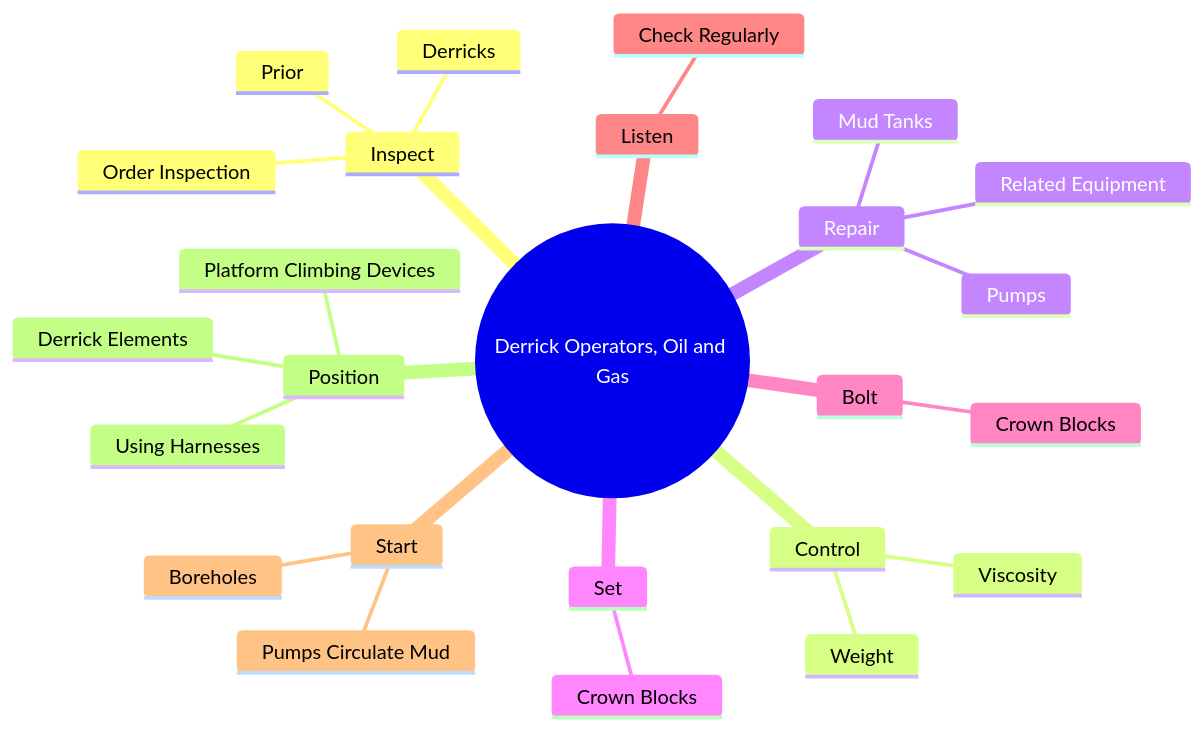
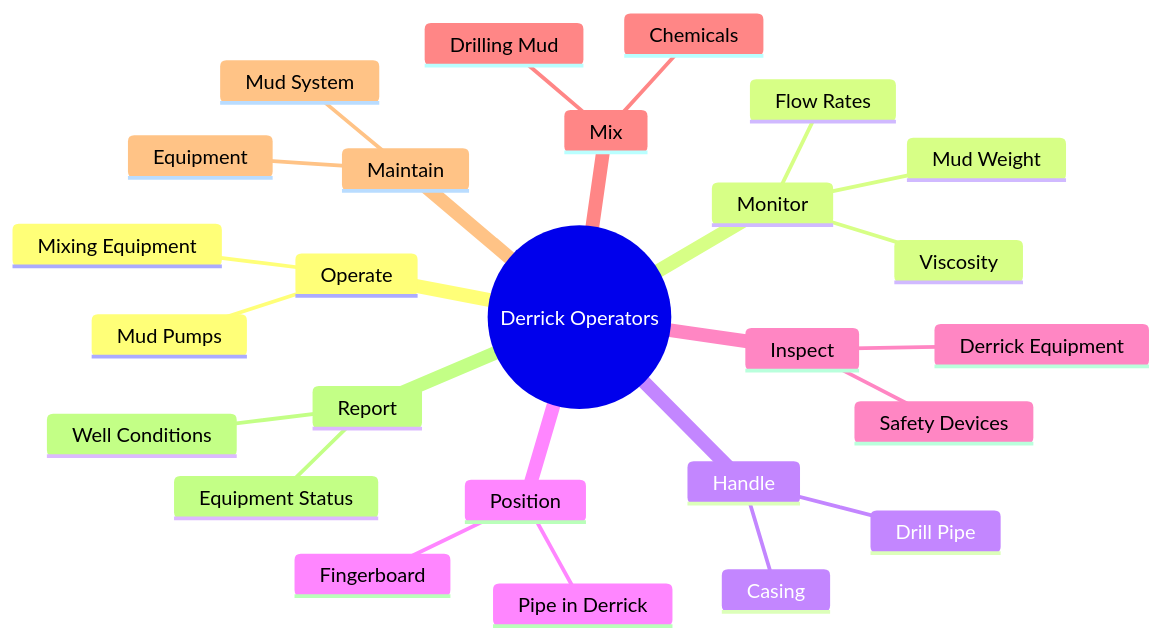
The second of 4 diagrams in occupations/Construction/DerrickOperatorsOilAndGas.mdx (kziemski/business.org.ai), drawn with Mermaid before and after one commit. The commit also changed other lines of this file and 938 other files, not shown here.

````diff
--- a/occupations/Construction/DerrickOperatorsOilAndGas.mdx
+++ b/occupations/Construction/DerrickOperatorsOilAndGas.mdx
@@ -37,28 +49,29 @@
 ```mermaid
 mindmap
-    root(("Derrick Operators, Oil and Gas"))
+    root(("Derrick Operators"))
+        Operate
+            Mud Pumps
+            Mixing Equipment
+        Monitor
+            Mud Weight
+            Viscosity
+            Flow Rates
+        Handle
+            Drill Pipe
+            Casing
+        Position
+            Pipe in Derrick
+            Fingerboard
         Inspect
-            Derricks
-            Order Inspection
-            Prior
-        Control
-            Viscosity
-            Weight
-        Repair
-            Pumps
-            Mud Tanks
-            Related Equipment
-        Set
-            Crown Blocks
-        Bolt
-            Crown Blocks
-        Listen
-            Check Regularly
-        Start
-            Pumps Circulate Mud
-            Boreholes
-        Position
-            Derrick Elements
-            Using Harnesses
-            Platform Climbing Devices
+            Derrick Equipment
+            Safety Devices
+        Mix
+            Drilling Mud
+            Chemicals
+        Maintain
+            Mud System
+            Equipment
+        Report
+            Well Conditions
+            Equipment Status
 ```
````
